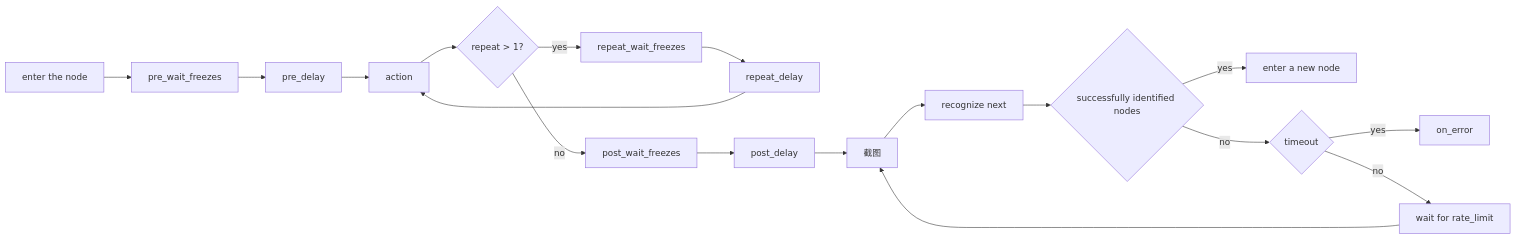
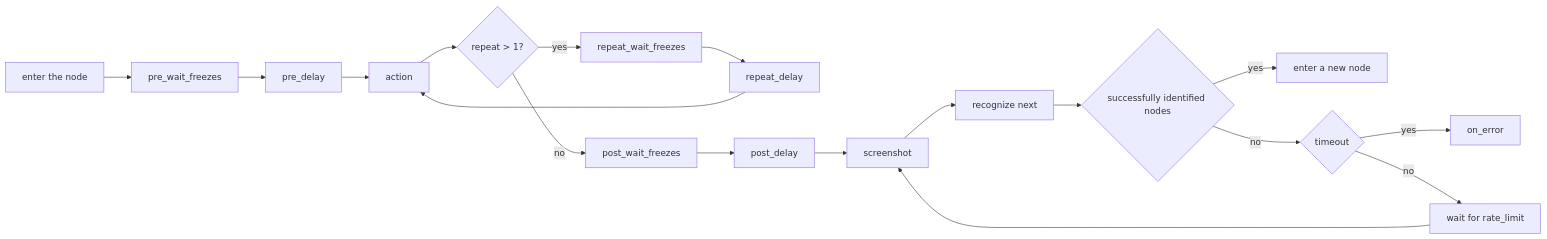
Before and after one commit to MaaXYZ/MaaFramework: the third of 4 diagrams in docs/en_us/3.1-PipelineProtocol.md, drawn with Mermaid.

Commit message:
docs: translate screenshot label to English

````diff
--- a/docs/en_us/3.1-PipelineProtocol.md
+++ b/docs/en_us/3.1-PipelineProtocol.md
@@ -235,20 +235,20 @@
 ```mermaid
     graph LR
         A[enter the node] --> B[pre_wait_freezes]
         B --> C[pre_delay]
         C --> D[action]
         D --> M{repeat > 1?}
         M -->|yes| N[repeat_wait_freezes]
         N --> O[repeat_delay]
         O --> D
         M -->|no| E[post_wait_freezes]
         E --> F[post_delay]
-        F --> P[截图]
+        F --> P[screenshot]
         P --> G[recognize next]
         G --> H{successfully identified nodes}
         H -->|yes| I[enter a new node]
         H -->|no| J{timeout}
         J -->|yes| K[on_error]
         J -->|no| L[wait for rate_limit]
         L --> P
 ```
````
